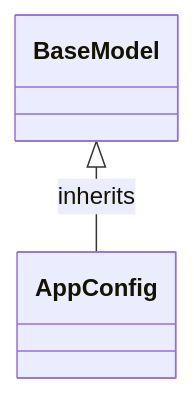
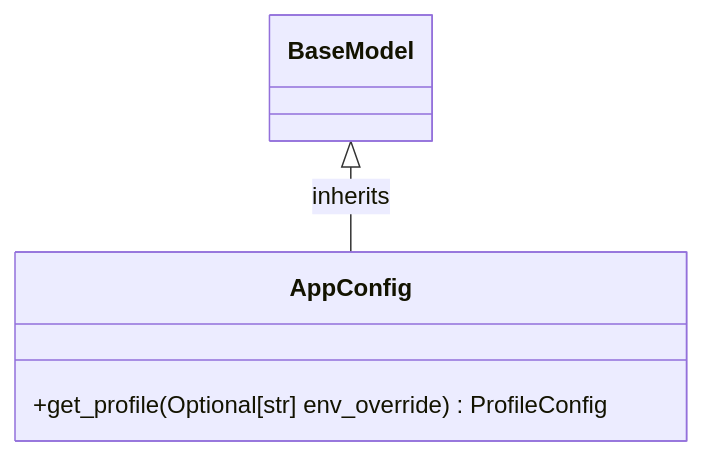
Before and after one commit to jerry-fab/Doc-Gen-Pipeline: the diagram in docs/architecture/Python/AppConfig.md, drawn with Mermaid. The commit also changed other lines of this file and 10 other files, not shown here.

Commit message:
feat: implement multi-environment profile architecture (local: Gemini/Groq vs production: Mistral/Claude)

````diff
--- a/docs/architecture/Python/AppConfig.md
+++ b/docs/architecture/Python/AppConfig.md
@@ -9,6 +9,7 @@
 ```mermaid
 classDiagram
     class AppConfig {
+        +get_profile(Optional[str] env_override) ProfileConfig
     }
     BaseModel <|-- AppConfig : inherits
 ```
````
